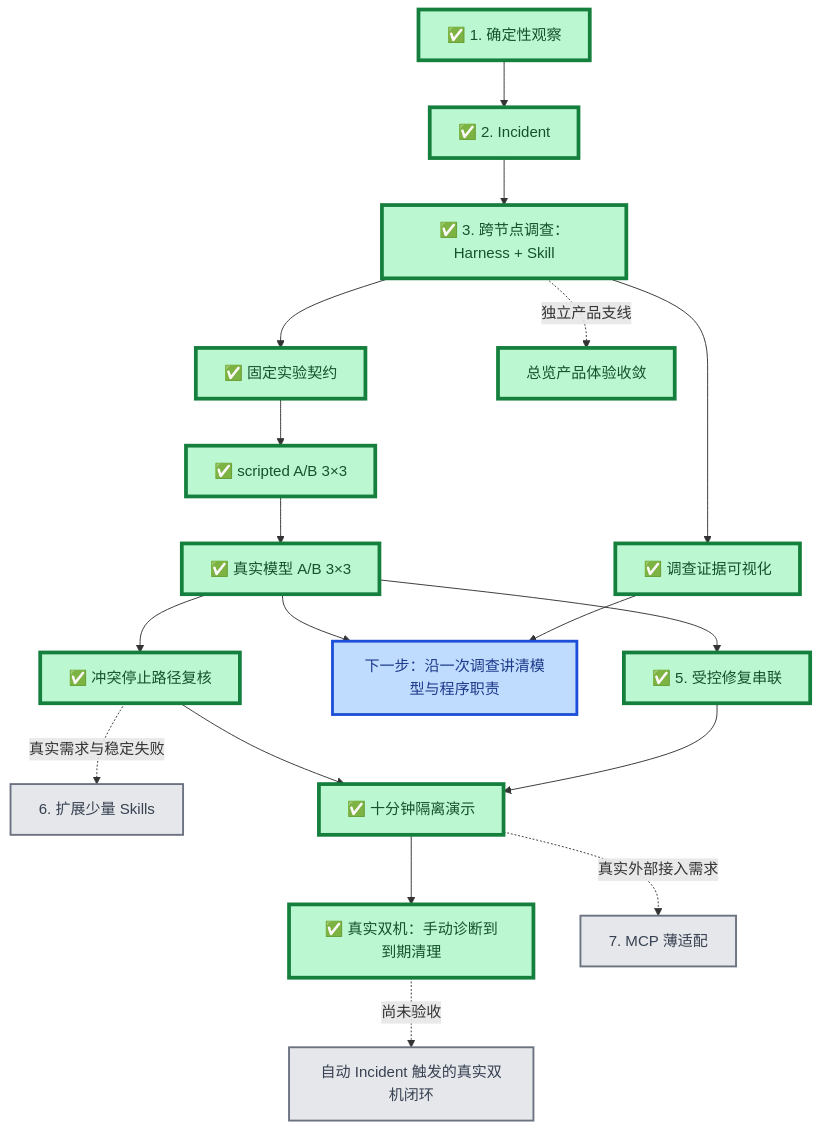
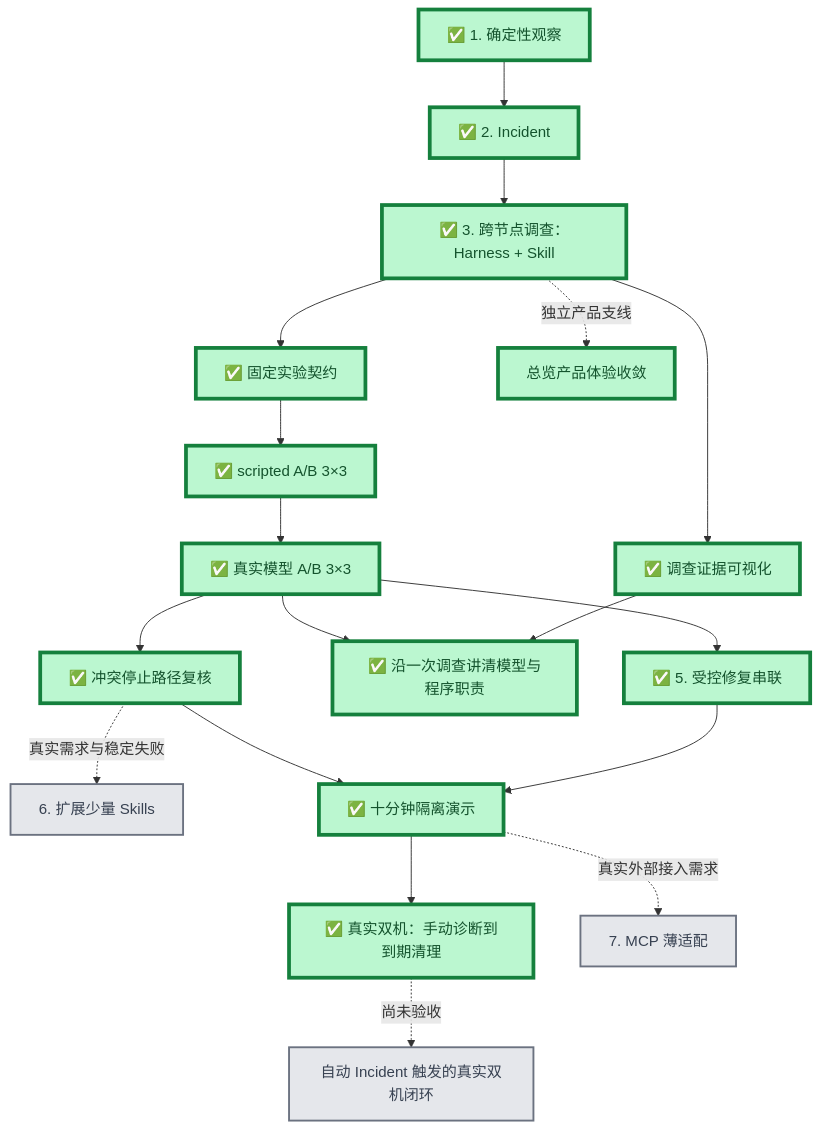
One commit to Sugarfarmeriod/TunnelMinion changed the first of 2 diagrams in docs/project/roadmap.md. Above: the diagram before and after it, drawn with Mermaid. The commit also changed other lines of this file and 2 other files, not shown here.

First line of the commit message:
docs: 沿一次调查讲清模型与程序职责 (#104)

````diff
--- a/docs/project/roadmap.md
+++ b/docs/project/roadmap.md
@@ -8,32 +8,32 @@
 ```mermaid
 flowchart TB
     A["✅ 1. 确定性观察"] --> B["✅ 2. Incident"]
     B --> C["✅ 3. 跨节点调查：Harness + Skill"]
 
     C --> D1["✅ 固定实验契约"]
     D1 --> D2["✅ scripted A/B 3×3"]
     D2 --> D3["✅ 真实模型 A/B 3×3"]
 
     D3 --> E["✅ 5. 受控修复串联"]
     C --> V["✅ 调查证据可视化"]
-    V --> W["下一步：沿一次调查讲清模型与程序职责"]
+    V --> W["✅ 沿一次调查讲清模型与程序职责"]
     D3 --> W
     D3 --> F["✅ 冲突停止路径复核"]
     F -.真实需求与稳定失败.-> K["6. 扩展少量 Skills"]
     E --> H["✅ 十分钟隔离演示"]
     F --> H
     H --> R["✅ 真实双机：手动诊断到到期清理"]
     R -.尚未验收.-> I["自动 Incident 触发的真实双机闭环"]
     H -.真实外部接入需求.-> G["7. MCP 薄适配"]
 
     C -.独立产品支线.-> U["总览产品体验收敛"]
 
     classDef done fill:#bbf7d0,stroke:#15803d,stroke-width:4px,color:#14532d;
     classDef current fill:#fde68a,stroke:#b45309,stroke-width:5px,color:#78350f;
     classDef next fill:#bfdbfe,stroke:#1d4ed8,stroke-width:3px,color:#1e3a8a;
     classDef later fill:#e5e7eb,stroke:#6b7280,stroke-width:2px,color:#374151;
     class A,B,C,D1,D2,D3,E,F,H,R,V done;
     class U done;
-    class W next;
+    class W done;
     class G,K,I later;
 ```
````
